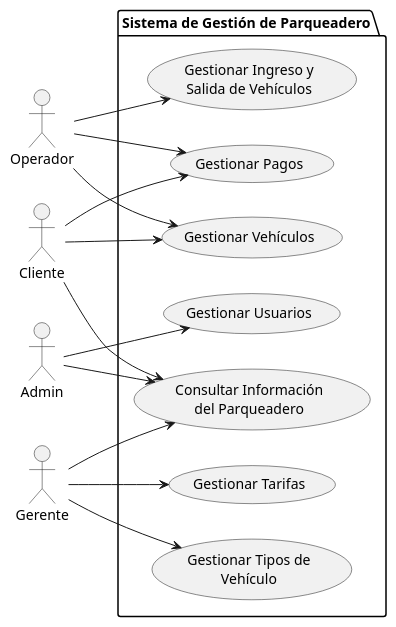
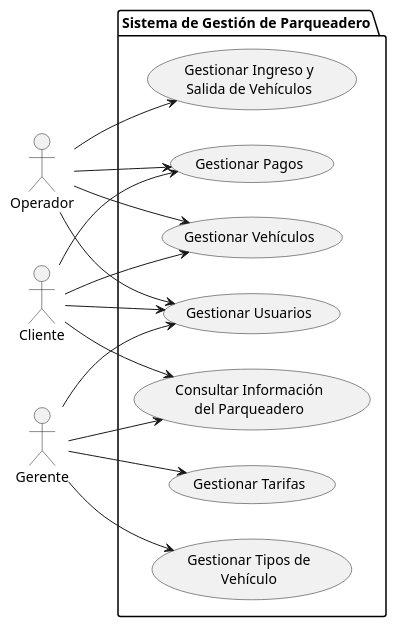
One commit to xdark-nessx20/demo_parq_temp changed the diagram in docs/domain/UC0-diagram.puml. Above: the diagram before and after it, drawn with PlantUML.

```diff
--- a/docs/domain/UC0-diagram.puml
+++ b/docs/domain/UC0-diagram.puml
@@ -1,36 +1,35 @@
 @startuml
 left to right direction
 
 actor "Cliente" as c
 actor "Operador" as o
-actor "Admin" as a
 actor "Gerente" as g
 
 package "Sistema de Gestión de Parqueadero" {
   
   usecase "Gestionar Ingreso y\nSalida de Vehículos" as UC1
   usecase "Gestionar Pagos" as UC2
   usecase "Gestionar Vehículos" as UC3
   usecase "Gestionar Tarifas" as UC4
   usecase "Gestionar Tipos de\nVehículo" as UC5
   usecase "Gestionar Usuarios" as UC6
   usecase "Consultar Información\ndel Parqueadero" as UC7
 
 }
 
 c --> UC2
 c --> UC3
+c --> UC6
 c --> UC7
 
 o --> UC1
 o --> UC2
 o --> UC3
-
-a --> UC6
-a --> UC7
+o --> UC6
 
 g --> UC4
 g --> UC5
 g --> UC7
+g --> UC6
 
 @enduml
```
